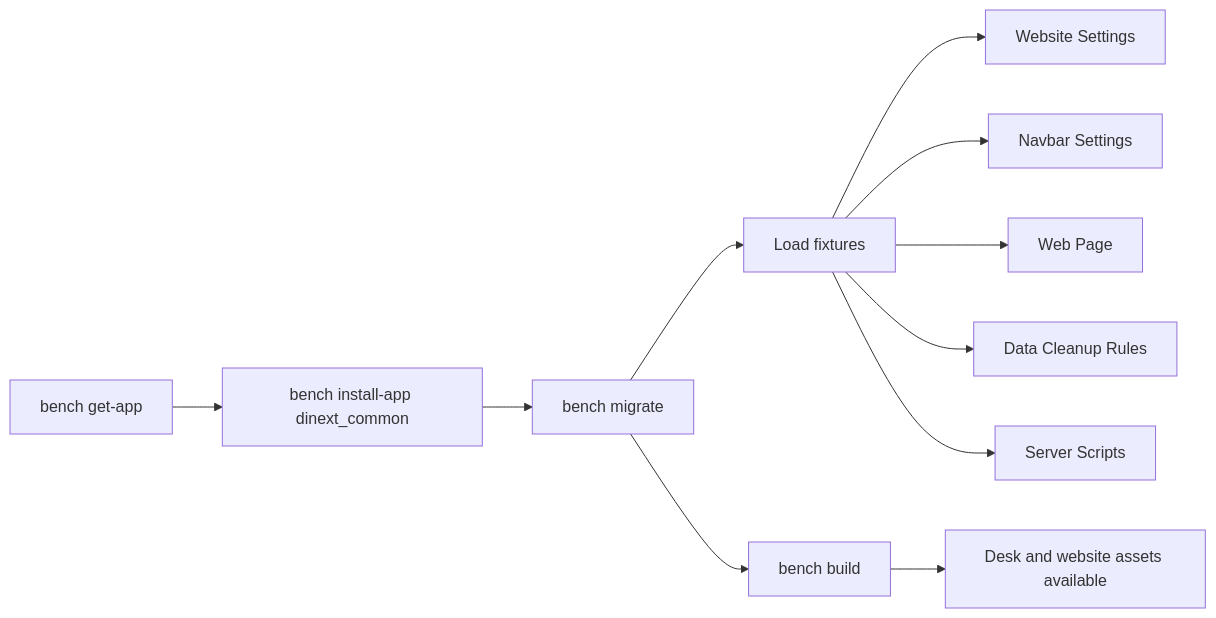
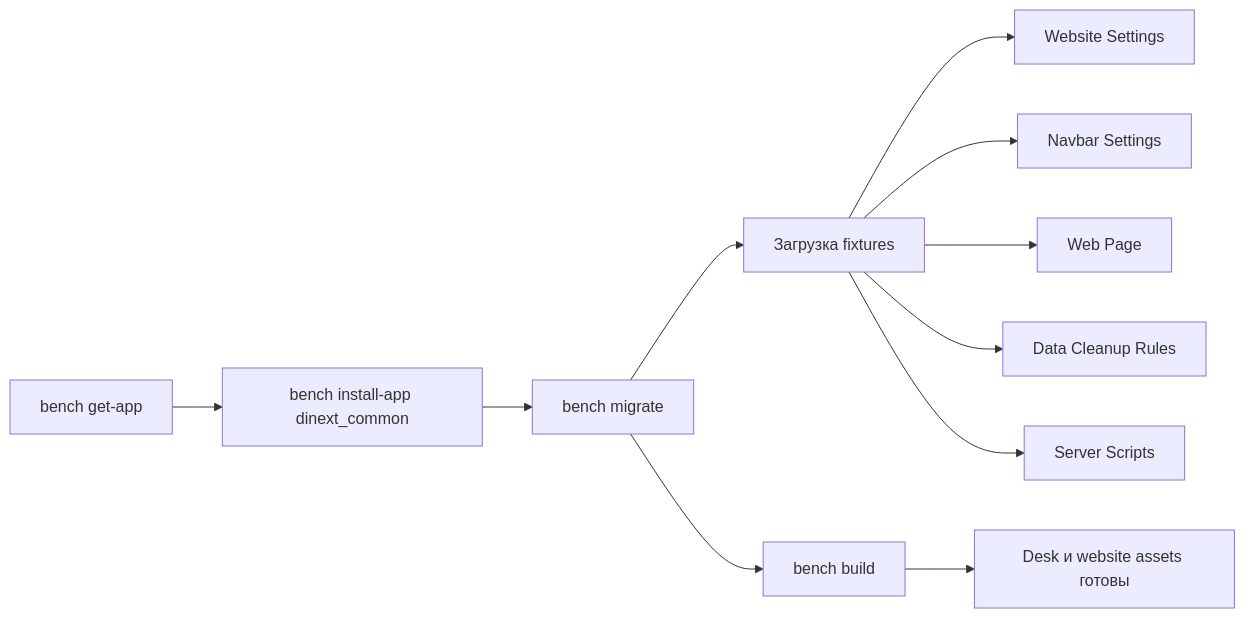
The first of 3 diagrams in README.md (Dinext-pro/dinext-common), drawn with Mermaid before and after one commit. The commit also changed other lines of this file, not shown here.

````diff
--- a/README.md
+++ b/README.md
@@ -285,13 +348,13 @@
 ```mermaid
 flowchart LR
   getApp["bench get-app"] --> installApp["bench install-app dinext_common"]
   installApp --> migrate["bench migrate"]
-  migrate --> fixtures["Load fixtures"]
+  migrate --> fixtures["Загрузка fixtures"]
   fixtures --> website["Website Settings"]
   fixtures --> navbar["Navbar Settings"]
   fixtures --> homepage["Web Page"]
   fixtures --> cleanupRules["Data Cleanup Rules"]
   fixtures --> serverScripts["Server Scripts"]
   migrate --> build["bench build"]
-  build --> assets["Desk and website assets available"]
+  build --> assets["Desk и website assets готовы"]
 ```
````
